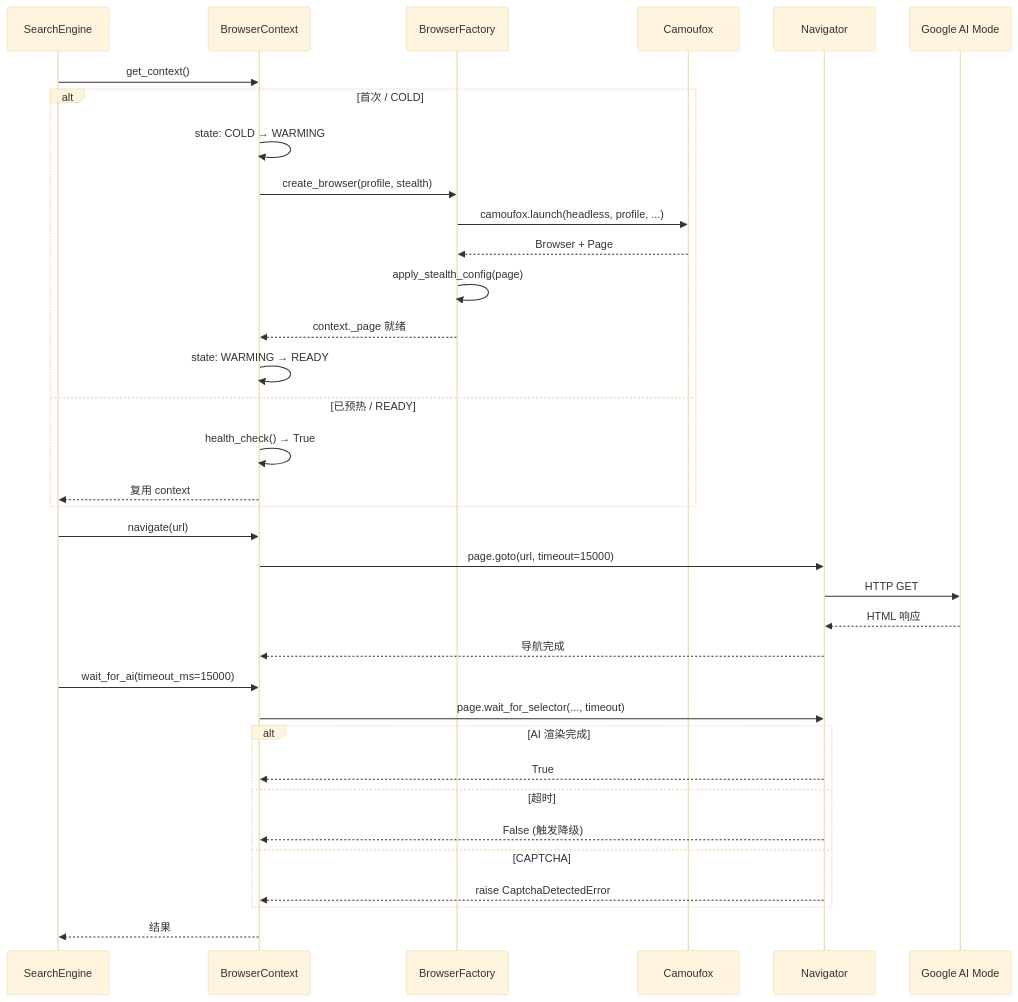
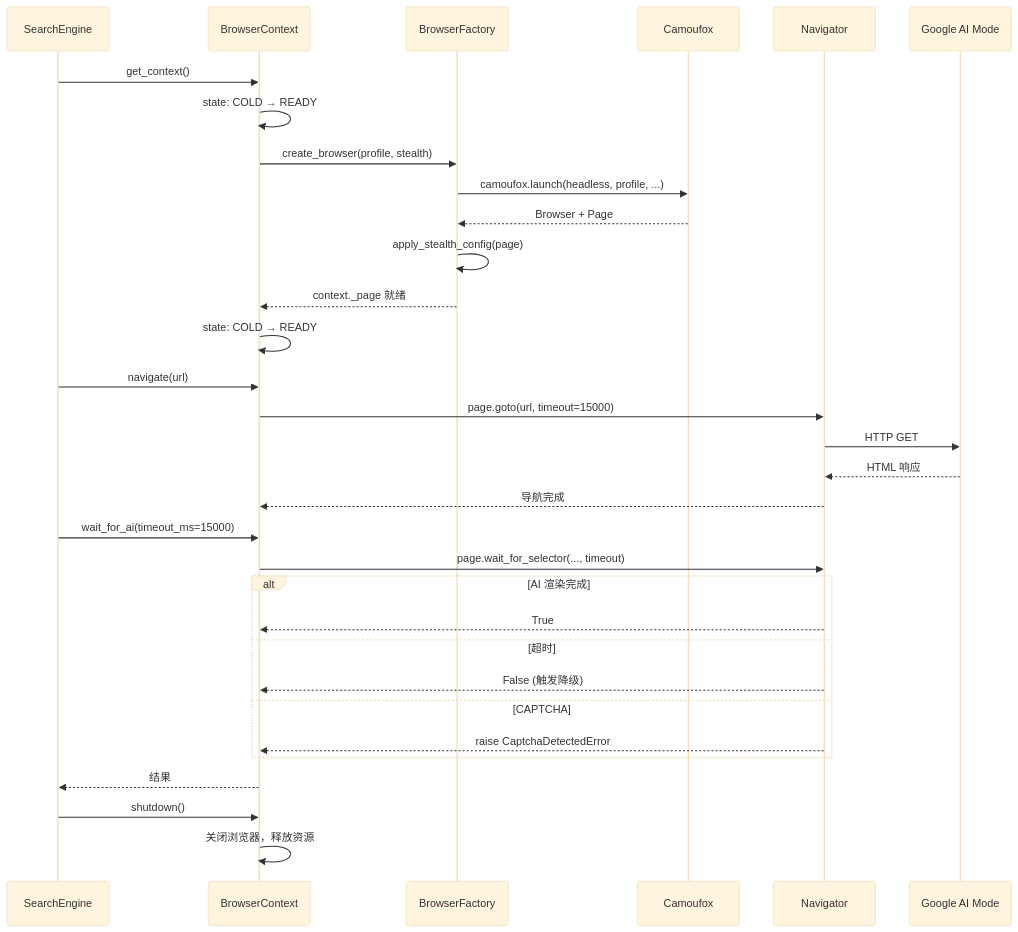
One commit to moyu12-ae/ZeroSearch changed the third of 6 diagrams in .anws/v1/04_SYSTEM_DESIGN/browser-engine.md. Above: the diagram before and after it, drawn with Mermaid (base theme). The commit also changed other lines of this file and 5 other files, not shown here.

````diff
--- a/.anws/v1/04_SYSTEM_DESIGN/browser-engine.md
+++ b/.anws/v1/04_SYSTEM_DESIGN/browser-engine.md
@@ -378,41 +326,39 @@
 ```mermaid
 sequenceDiagram
     participant SE as SearchEngine
     participant BC as BrowserContext
     participant BF as BrowserFactory
     participant CF as Camoufox
     participant NV as Navigator
     participant GA as Google AI Mode
 
     SE->>BC: get_context()
-    alt 首次 / COLD
-        BC->>BC: state: COLD → WARMING
-        BC->>BF: create_browser(profile, stealth)
-        BF->>CF: camoufox.launch(headless, profile, ...)
-        CF-->>BF: Browser + Page
-        BF->>BF: apply_stealth_config(page)
-        BF-->>BC: context._page 就绪
-        BC->>BC: state: WARMING → READY
-    else 已预热 / READY
-        BC->>BC: health_check() → True
-        BC-->>SE: 复用 context
-    end
+    BC->>BC: state: COLD → READY
+    BC->>BF: create_browser(profile, stealth)
+    BF->>CF: camoufox.launch(headless, profile, ...)
+    CF-->>BF: Browser + Page
+    BF->>BF: apply_stealth_config(page)
+    BF-->>BC: context._page 就绪
+    BC->>BC: state: COLD → READY
     
     SE->>BC: navigate(url)
     BC->>NV: page.goto(url, timeout=15000)
     NV->>GA: HTTP GET
     GA-->>NV: HTML 响应
     NV-->>BC: 导航完成
     
     SE->>BC: wait_for_ai(timeout_ms=15000)
     BC->>NV: page.wait_for_selector(..., timeout)
     alt AI 渲染完成
         NV-->>BC: True
     else 超时
         NV-->>BC: False (触发降级)
     else CAPTCHA
         NV-->>BC: raise CaptchaDetectedError
     end
     
     BC-->>SE: 结果
+    
+    SE->>BC: shutdown()
+    BC->>BC: 关闭浏览器，释放资源
 ```
````
